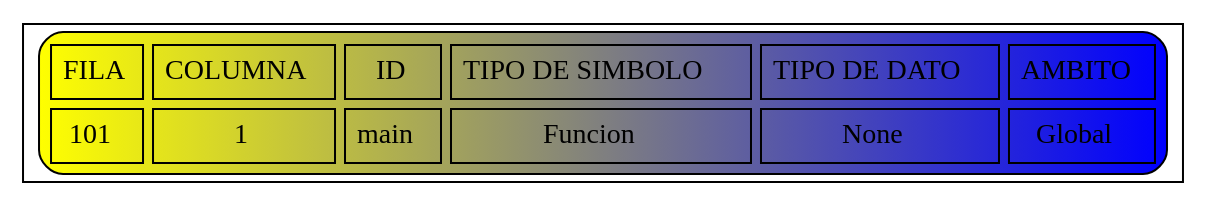
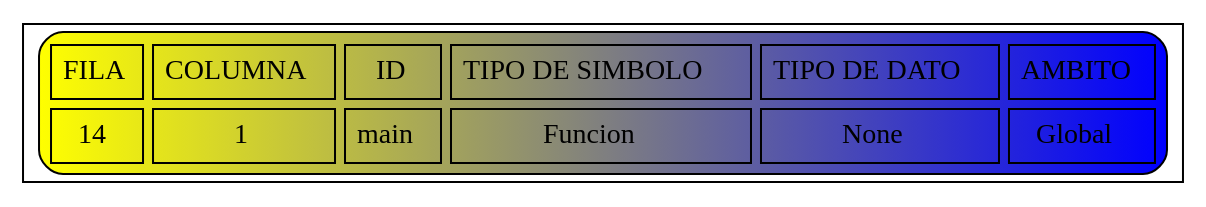
Before and after one commit to JoseMore99/OLC2_P1_201701015: the diagram in Simbolos.dot, drawn with Graphviz. The commit also changed 12 other files, not shown here.

```diff
--- a/Simbolos.dot
+++ b/Simbolos.dot
@@ -1,7 +1,7 @@
 digraph G{
 node [shape=record];
 a0 [label=<<TABLE border="1" cellspacing="5" cellpadding="5" style="rounded" bgcolor="yellow:blue">
 "<TR><TD>FILA</TD><TD>COLUMNA</TD><TD>ID</TD><TD>TIPO DE SIMBOLO</TD><TD>TIPO DE DATO</TD><TD>AMBITO</TD></TR>
-<TR><TD>101</TD><TD>1</TD><TD>main</TD><TD>Funcion</TD><TD>None</TD><TD>Global</TD></TR>
+<TR><TD>14</TD><TD>1</TD><TD>main</TD><TD>Funcion</TD><TD>None</TD><TD>Global</TD></TR>
 </TABLE>>];
 }
```
